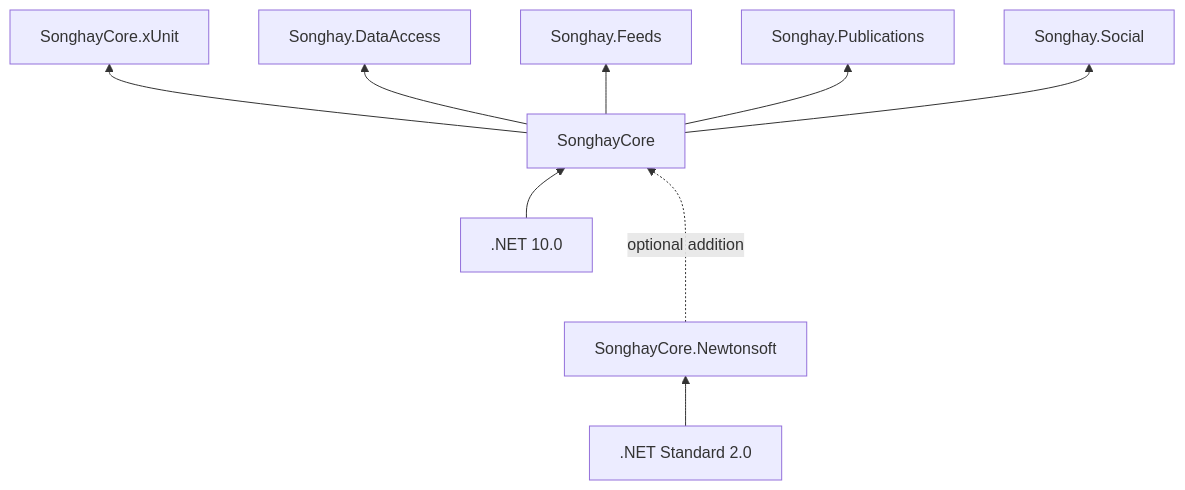
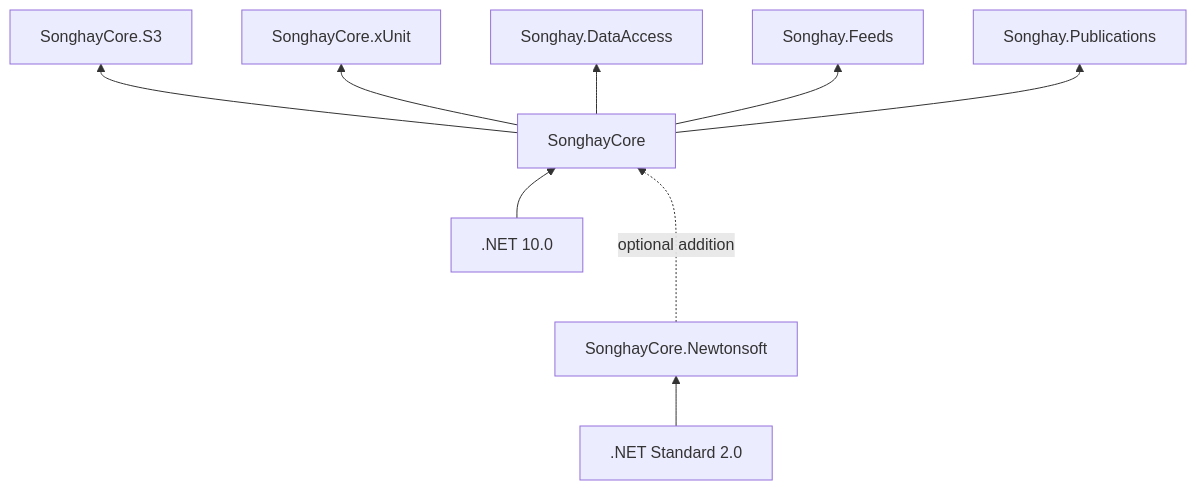
Before and after one commit to BryanWilhite/SonghayCore: the diagram in README.md, drawn with Mermaid. The commit also changed other lines of this file and 11 other files, not shown here.

Commit message:
release `SonghayCore` `10.2.0` 📦🚀

````diff
--- a/README.md
+++ b/README.md
@@ -124,18 +127,18 @@
 ```mermaid
 graph BT
     netstandard2[.NET Standard 2.0]
     net10[.NET 10.0]
 
     1[SonghayCore]
     2[SonghayCore.Newtonsoft]
 
     net10-->1
     netstandard2-->2
     2-..->|optional addition|1
 
-    1-->3[SonghayCore.xUnit]
-    1-->4[Songhay.DataAccess]
-    1-->5[Songhay.Feeds]
-    1-->6[Songhay.Publications]
-    1-->7[Songhay.Social]
+    1-->3[SonghayCore.S3]
+    1-->4[SonghayCore.xUnit]
+    1-->5[Songhay.DataAccess]
+    1-->6[Songhay.Feeds]
+    1-->7[Songhay.Publications]
 ```
````
